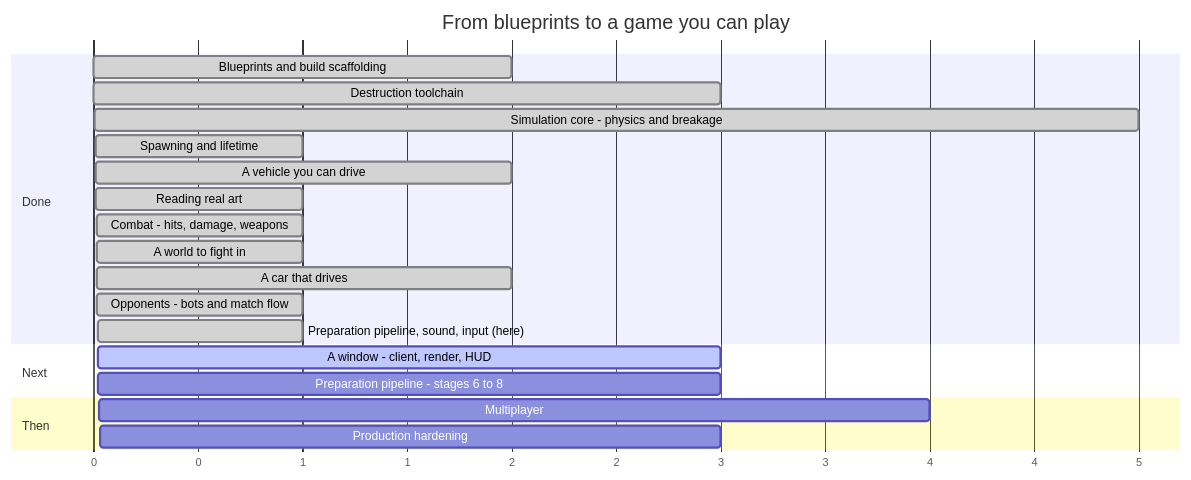
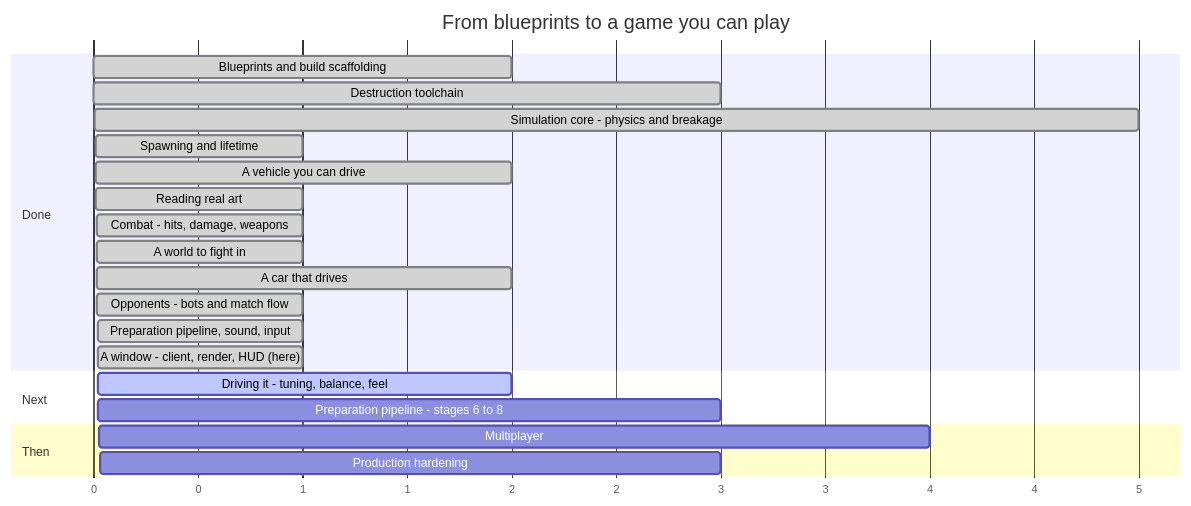
Before and after one commit to RobLobsta/Syndicate: the diagram in ROADMAP.md, drawn with Mermaid. The commit also changed other lines of this file and 48 other files, not shown here.

````diff
--- a/ROADMAP.md
+++ b/ROADMAP.md
@@ -16,27 +16,28 @@
 ```mermaid
 gantt
     title From blueprints to a game you can play
     dateFormat X
     axisFormat %s
 
     section Done
     Blueprints and build scaffolding        :done, p0, 0, 2
     Destruction toolchain                   :done, p1, 2, 3
     Simulation core - physics and breakage   :done, p2, 5, 5
     Spawning and lifetime                   :done, p3, 10, 1
     A vehicle you can drive                 :done, p4, 11, 2
     Reading real art                        :done, p6a, 13, 1
     Combat - hits, damage, weapons          :done, p5, 14, 1
     A world to fight in                     :done, p6, 15, 1
     A car that drives                       :done, p6b, 16, 2
     Opponents - bots and match flow         :done, p8, 18, 1
-    Preparation pipeline, sound, input (here):done, p6c, 19, 1
+    Preparation pipeline, sound, input      :done, p6c, 19, 1
+    A window - client, render, HUD (here)   :done, p7, 20, 1
 
     section Next
-    A window - client, render, HUD          :active, p7, 20, 3
+    Driving it - tuning, balance, feel      :active, p11, 21, 2
     Preparation pipeline - stages 6 to 8    :p6d, 23, 3
 
     section Then
     Multiplayer                             :p9, 26, 4
     Production hardening                    :p10, 30, 3
 ```
````
